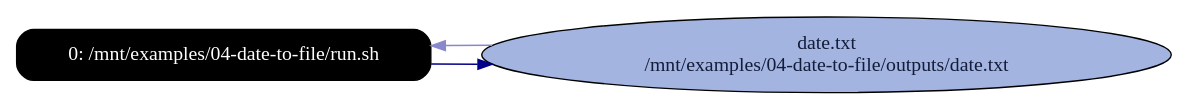
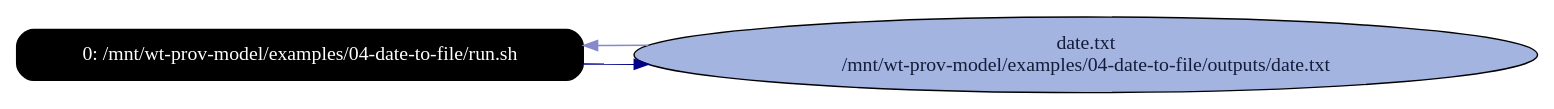
The diagram in examples/04-date-to-file/graphs/rpz_A_run_with_input_and_output_files.dot (CIRSS/cpr), drawn with Graphviz before and after one commit. The commit also changed 106 other files, not shown here.

```diff
--- a/examples/04-date-to-file/graphs/rpz_A_run_with_input_and_output_files.dot
+++ b/examples/04-date-to-file/graphs/rpz_A_run_with_input_and_output_files.dot
@@ -1,15 +1,15 @@
 digraph G {
     rankdir=LR;
 
     /* programs */
     node [shape=box fontcolor=white fillcolor=black style="filled,rounded"];
-    run0 [label="0: /mnt/examples/04-date-to-file/run.sh"];
+    run0 [label="0: /mnt/wt-prov-model/examples/04-date-to-file/run.sh"];
 
     node [shape=ellipse fontcolor="#131C39" fillcolor="#C9D2ED"];
 
     /* other files */
-    "/mnt/examples/04-date-to-file/outputs/date.txt" [fillcolor="#A3B4E0", label="date.txt\n/mnt/examples/04-date-to-file/outputs/date.txt"];
+    "/mnt/wt-prov-model/examples/04-date-to-file/outputs/date.txt" [fillcolor="#A3B4E0", label="date.txt\n/mnt/wt-prov-model/examples/04-date-to-file/outputs/date.txt"];
 
-    run0 -> "/mnt/examples/04-date-to-file/outputs/date.txt" [color="#000088"];
-    "/mnt/examples/04-date-to-file/outputs/date.txt" -> run0 [color="#8888CC"];
+    run0 -> "/mnt/wt-prov-model/examples/04-date-to-file/outputs/date.txt" [color="#000088"];
+    "/mnt/wt-prov-model/examples/04-date-to-file/outputs/date.txt" -> run0 [color="#8888CC"];
 }
```
